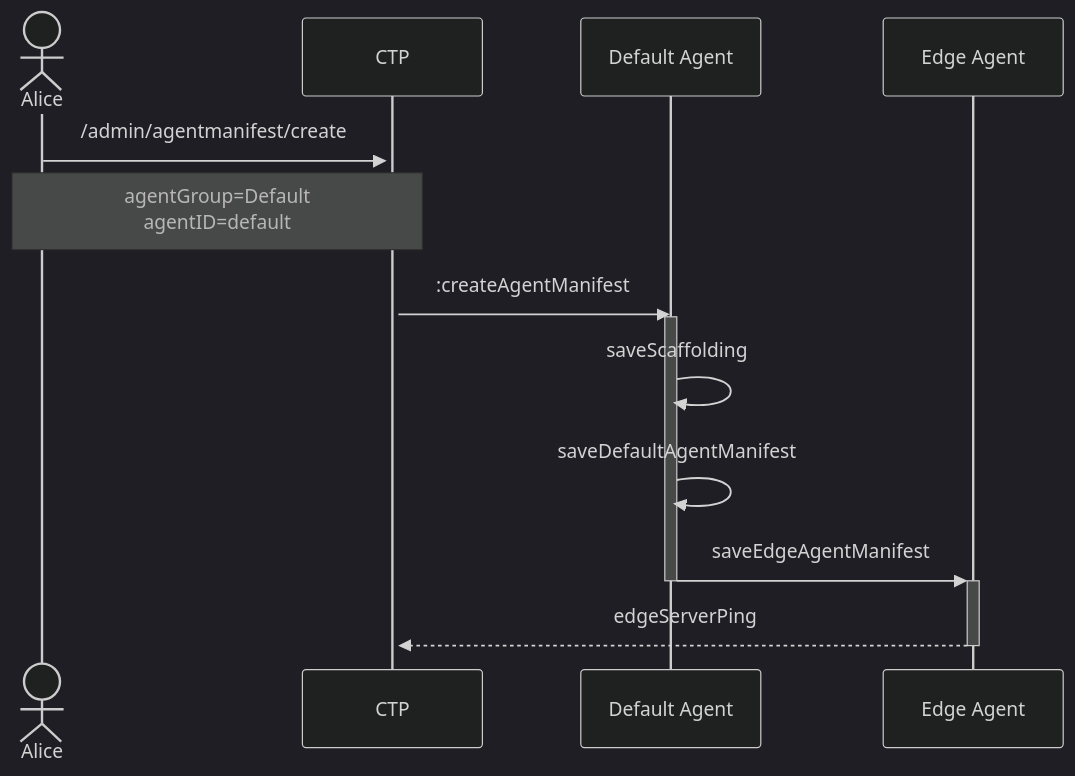
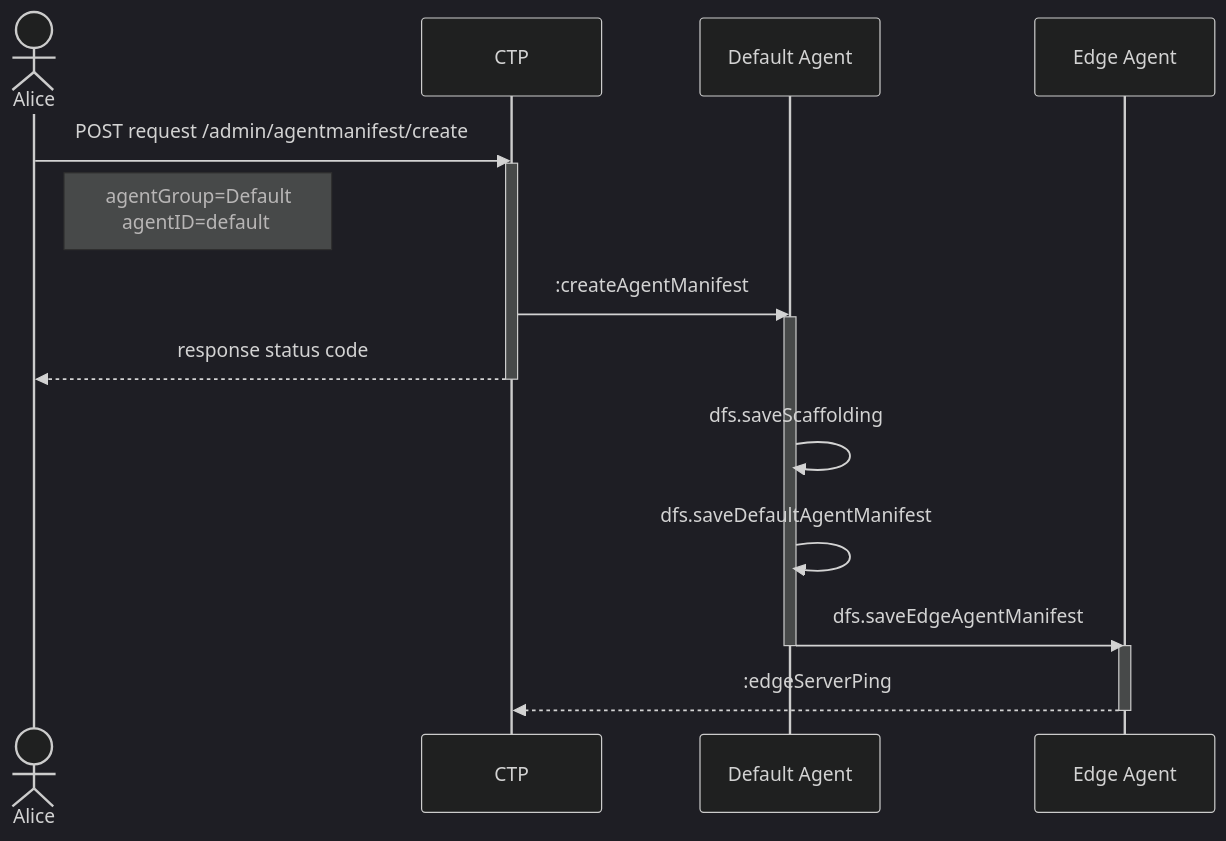
One commit to t-ibm/didymus changed the diagram in app/src/doc/templates/createDefaultEdge.mmd. Above: the diagram before and after it, drawn with Mermaid (dark theme). The commit also changed 1 other file, not shown here.

Commit message:
Fixing createDefaultEdge and createEdgeDefault sequence diagrams

```diff
--- a/app/src/doc/templates/createDefaultEdge.mmd
+++ b/app/src/doc/templates/createDefaultEdge.mmd
@@ -1,14 +1,19 @@
 sequenceDiagram
     actor A as Alice
     participant C as CTP
     participant D as Default Agent
     participant E as Edge Agent
-    A->>+C: /admin/agentmanifest/create
-    Note over A,C: agentGroup=Default<br>agentID=default
+    A->>C: POST request /admin/agentmanifest/create
+    activate C
+    Note right of A: agentGroup=Default<br>agentID=default#8200;
     C->>D: :createAgentManifest
     activate D
-    D->>D: saveScaffolding
-    D->>D: saveDefaultAgentManifest
-    D->>+E: saveEdgeAgentManifest
+    C-->>A: response status code
+    deactivate C
+    D->>D: dfs.saveScaffolding
+    D->>D: dfs.saveDefaultAgentManifest
+    D->>E: dfs.saveEdgeAgentManifest
     deactivate D
-    E-->>-C: edgeServerPing
+    activate E
+    E-->>C: :edgeServerPing
+    deactivate E
```
